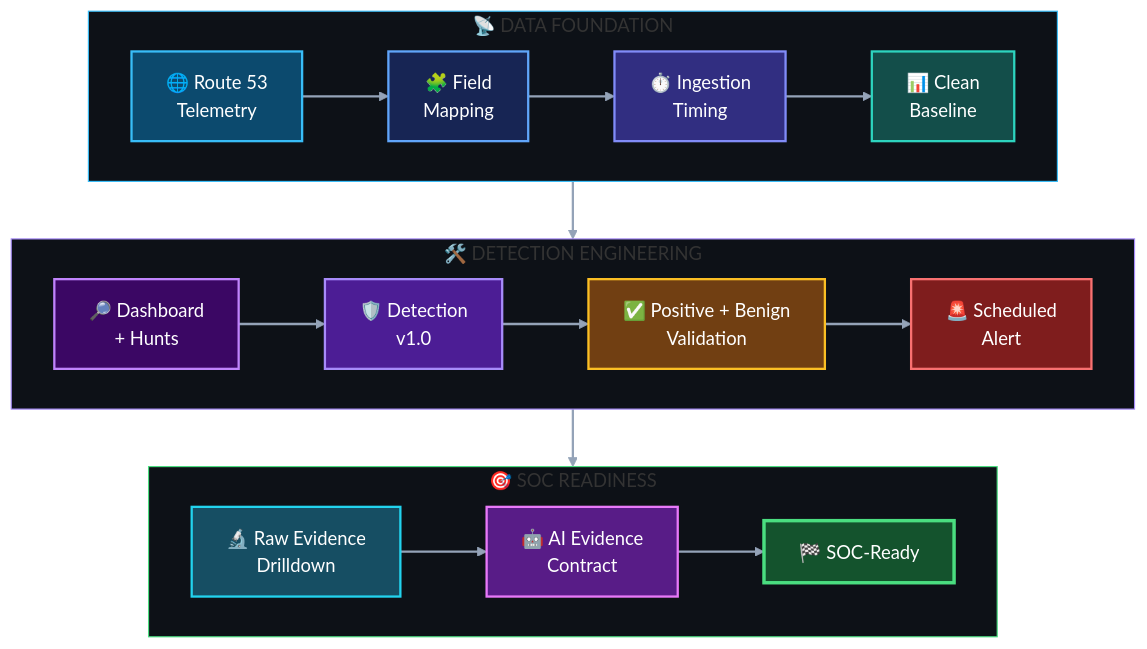
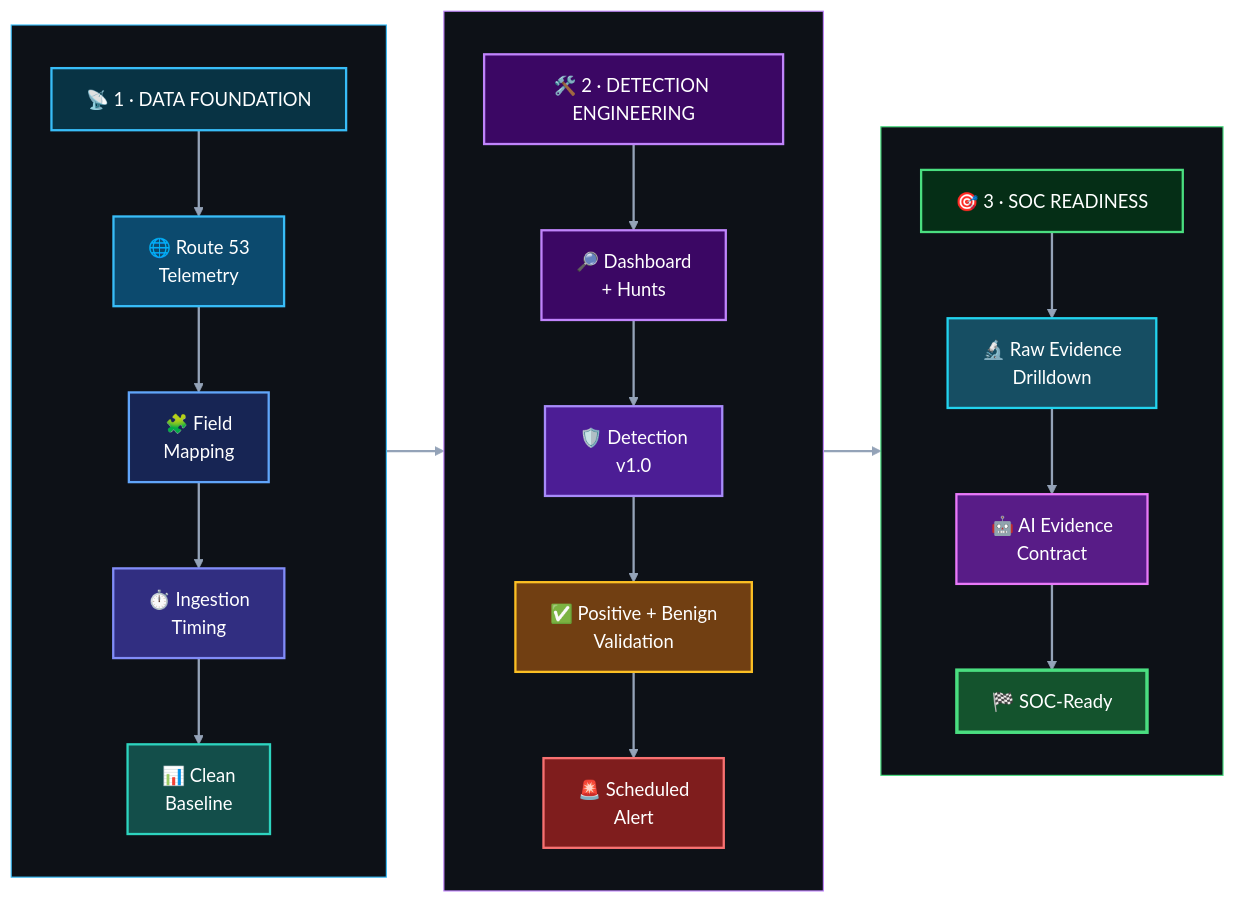
The diagram in detection-engineering/README.md (DNSentinel-Lab/Scenario-01-DNS-Recon), drawn with Mermaid before and after one commit.

Commit message:
Refactor mermaid diagram for clarity and style

````diff
--- a/detection-engineering/README.md
+++ b/detection-engineering/README.md
@@ -46,53 +46,81 @@
 ```mermaid
-flowchart TB
+flowchart LR
 
-    %% ─────────────────────────────
+    %% =====================================================
     %% PHASE 1 — DATA FOUNDATION
-    %% ─────────────────────────────
-    subgraph DATA["📡  DATA FOUNDATION"]
-        direction LR
+    %% =====================================================
+    subgraph DATA[" "]
+        direction TB
+
+        DH["📡 1 · DATA FOUNDATION"]
 
         A["🌐 Route 53<br/>Telemetry"]
         B["🧩 Field<br/>Mapping"]
         C["⏱️ Ingestion<br/>Timing"]
         D["📊 Clean<br/>Baseline"]
 
-        A --> B --> C --> D
+        DH --> A --> B --> C --> D
     end
 
-    %% ─────────────────────────────
-    %% PHASE 2 — DETECTION BUILD
-    %% ─────────────────────────────
-    subgraph BUILD["🛠️  DETECTION ENGINEERING"]
-        direction LR
+
+    %% =====================================================
+    %% PHASE 2 — DETECTION ENGINEERING
+    %% =====================================================
+    subgraph BUILD[" "]
+        direction TB
+
+        BH["🛠️ 2 · DETECTION ENGINEERING"]
 
         E["🔎 Dashboard<br/>+ Hunts"]
         F["🛡️ Detection<br/>v1.0"]
         G["✅ Positive + Benign<br/>Validation"]
         H["🚨 Scheduled<br/>Alert"]
 
-        E --> F --> G --> H
+        BH --> E --> F --> G --> H
     end
 
-    %% ─────────────────────────────
+
+    %% =====================================================
     %% PHASE 3 — SOC READINESS
-    %% ─────────────────────────────
-    subgraph READY["🎯  SOC READINESS"]
-        direction LR
+    %% =====================================================
+    subgraph READY[" "]
+        direction TB
+
+        RH["🎯 3 · SOC READINESS"]
 
         I["🔬 Raw Evidence<br/>Drilldown"]
         J["🤖 AI Evidence<br/>Contract"]
         K["🏁 SOC-Ready"]
 
-        I --> J --> K
+        RH --> I --> J --> K
     end
 
-    D --> E
-    H --> I
 
-    %% ─────────────────────────────
+    %% =====================================================
+    %% PHASE-TO-PHASE FLOW
+    %% Connect containers, not internal nodes.
+    %% This keeps each phase compact and prevents
+    %% arrows from crossing heading text.
+    %% =====================================================
+    DATA --> BUILD
+    BUILD --> READY
+
+
+    %% =====================================================
+    %% HEADER STYLES
+    %% =====================================================
+    classDef dataHeader fill:#083344,stroke:#38bdf8,stroke-width:2px,color:#ffffff;
+    classDef buildHeader fill:#3b0764,stroke:#c084fc,stroke-width:2px,color:#ffffff;
+    classDef readyHeader fill:#052e16,stroke:#4ade80,stroke-width:2px,color:#ffffff;
+
+    class DH dataHeader;
+    class BH buildHeader;
+    class RH readyHeader;
+
+
+    %% =====================================================
     %% NODE STYLES
-    %% ─────────────────────────────
+    %% =====================================================
     classDef telemetry fill:#0c4a6e,stroke:#38bdf8,stroke-width:2px,color:#ffffff;
     classDef mapping fill:#172554,stroke:#60a5fa,stroke-width:2px,color:#ffffff;
     classDef timing fill:#312e81,stroke:#818cf8,stroke-width:2px,color:#ffffff;
@@ -121,11 +149,12 @@
     class J ai;
     class K final;
 
-    %% ─────────────────────────────
-    %% GROUP STYLES
-    %% ─────────────────────────────
+
+    %% =====================================================
+    %% CONTAINER STYLES
+    %% =====================================================
     style DATA fill:#0d1117,stroke:#38bdf8,stroke-width:1px
-    style BUILD fill:#0d1117,stroke:#a78bfa,stroke-width:1px
+    style BUILD fill:#0d1117,stroke:#c084fc,stroke-width:1px
     style READY fill:#0d1117,stroke:#4ade80,stroke-width:1px
 
     linkStyle default stroke:#94a3b8,stroke-width:2px
````
